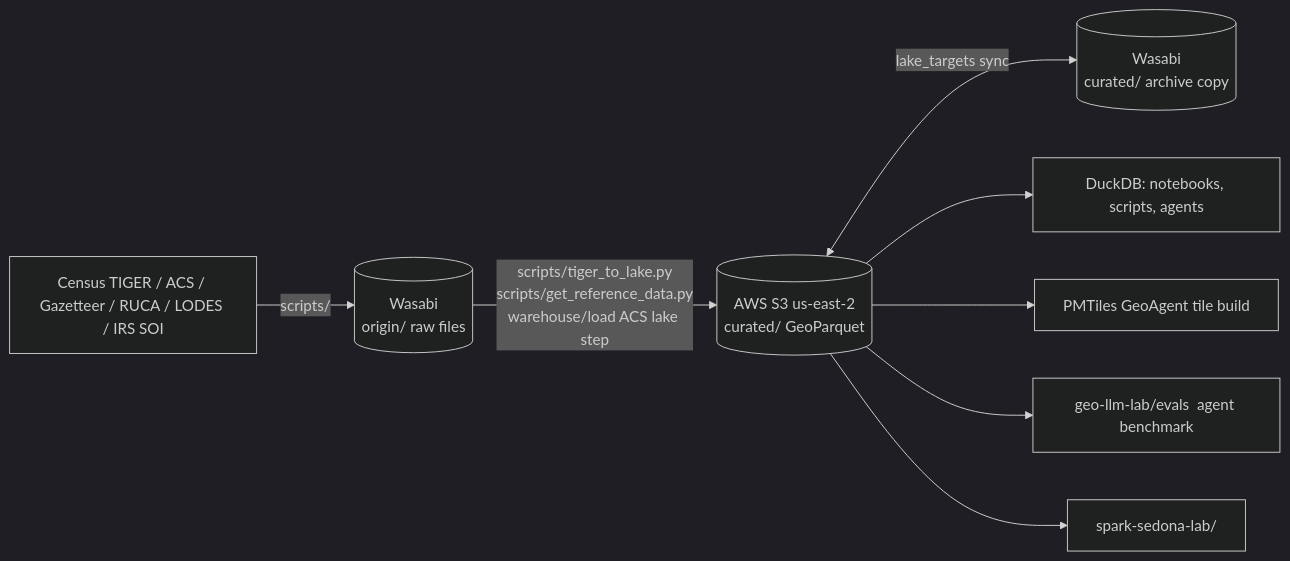
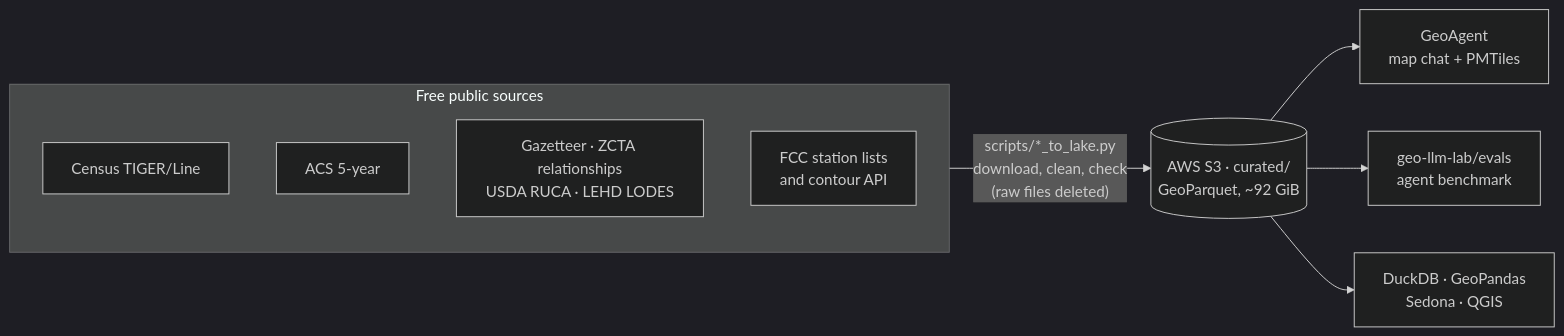
One commit to blcrosbie/GeoDataAnalytics changed the diagram in README.md. Above: the diagram before and after it, drawn with Mermaid (dark theme). The commit also changed other lines of this file and 11 other files, not shown here.

````diff
--- a/README.md
+++ b/README.md
@@ -12,10 +40,13 @@
 ```mermaid
 flowchart LR
-    src[Census TIGER / ACS / Gazetteer / RUCA / LODES / IRS SOI] -->|scripts/| raw[(Wasabi<br/>origin/  raw files)]
-    raw -->|scripts/tiger_to_lake.py<br/>scripts/get_reference_data.py<br/>warehouse/load ACS lake step| lake[(AWS S3 us-east-2<br/>curated/  GeoParquet)]
-    lake <-->|lake_targets sync| arch[(Wasabi<br/>curated/  archive copy)]
-    lake --> duck[DuckDB: notebooks, scripts, agents]
-    lake --> tiles[PMTiles  GeoAgent tile build]
-    lake --> llm[geo-llm-lab/evals  agent benchmark]
-    lake --> sedona[spark-sedona-lab/]
+    subgraph sources["Free public sources"]
+        tiger["Census TIGER/Line"]
+        acs["ACS 5-year"]
+        ref["Gazetteer · ZCTA relationships<br/>USDA RUCA · LEHD LODES"]
+        fcc["FCC station lists<br/>and contour API"]
+    end
+    sources -->|"scripts/*_to_lake.py<br/>download, clean, check<br/>(raw files deleted)"| lake[("AWS S3 · curated/<br/>GeoParquet, ~92 GiB")]
+    lake --> app["GeoAgent<br/>map chat + PMTiles"]
+    lake --> evals["geo-llm-lab/evals<br/>agent benchmark"]
+    lake --> adhoc["DuckDB · GeoPandas<br/>Sedona · QGIS"]
 ```
````
